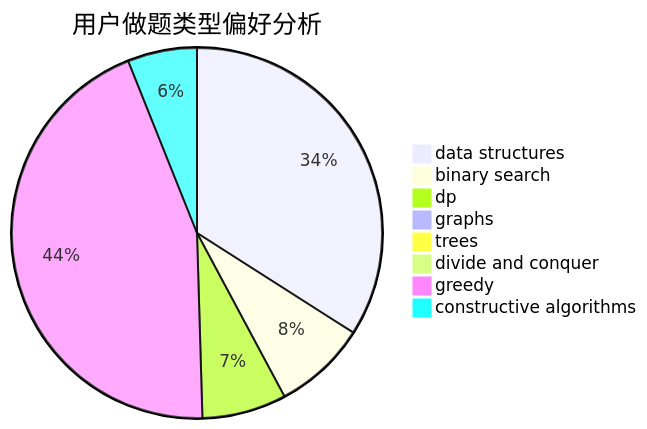
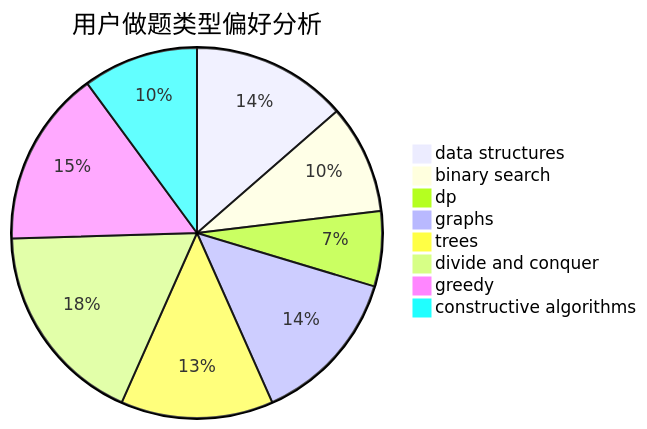
One commit to sherpahu/cfrs.github.io changed the second of 3 diagrams in docs/user/u698.md. Above: the diagram before and after it, drawn with Mermaid. The commit also changed other lines of this file and 2770 other files, not shown here.

````diff
--- a/docs/user/u698.md
+++ b/docs/user/u698.md
@@ -23,11 +23,11 @@
 ```mermaid
 pie title 用户做题类型偏好分析
-    "data structures" :  472
-    "binary search" :  113
-    "dp" :  102
-    "graphs" :  0
-    "trees" :  7
-    "divide and conquer" :  0
-    "greedy" :  616
-    "constructive algorithms" :  84
+    "data structures" :  143
+    "binary search" :  100
+    "dp" :  69
+    "graphs" :  144
+    "trees" :  140
+    "divide and conquer" :  188
+    "greedy" :  162
+    "constructive algorithms" :  106
 ```
````
